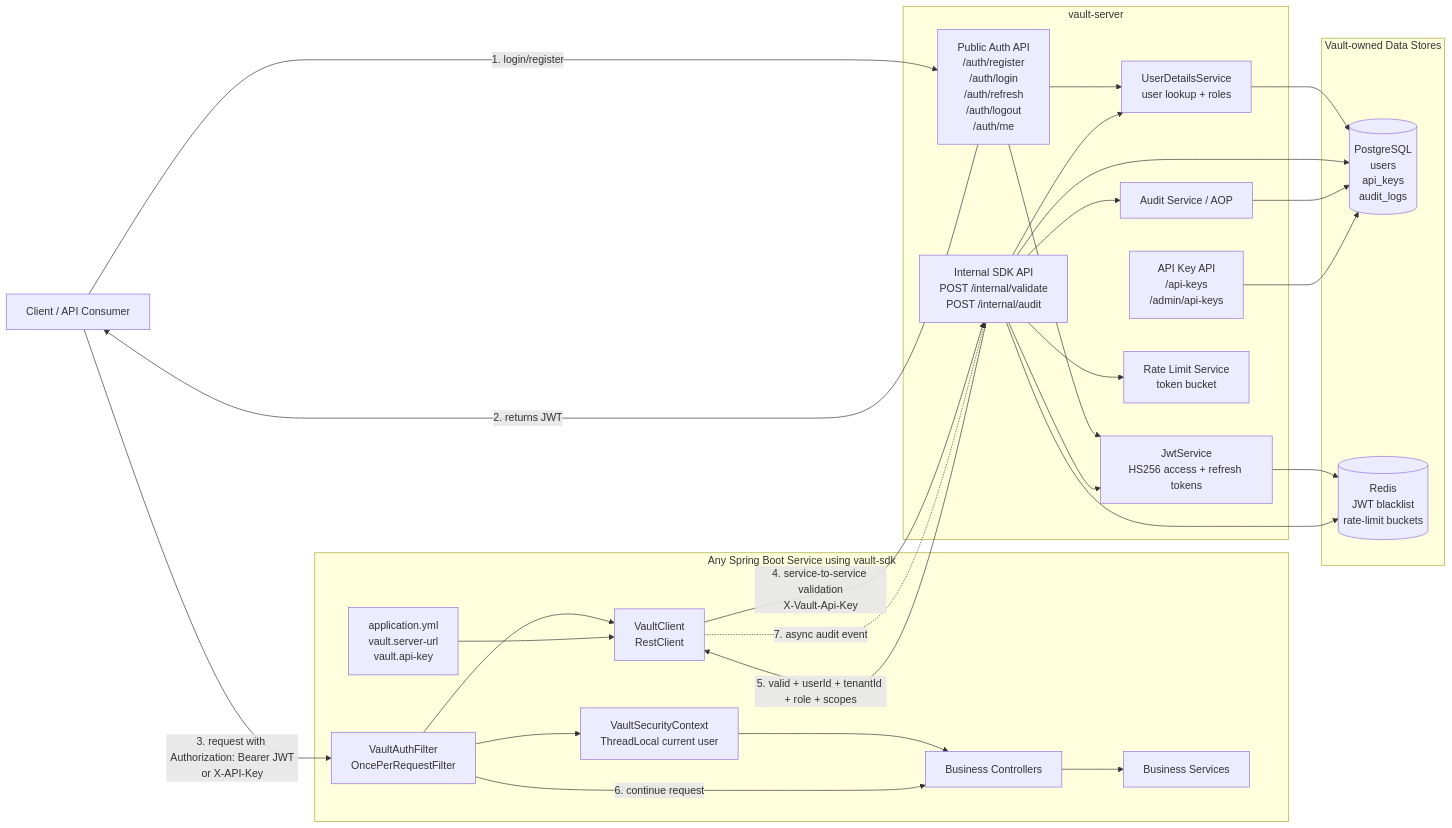
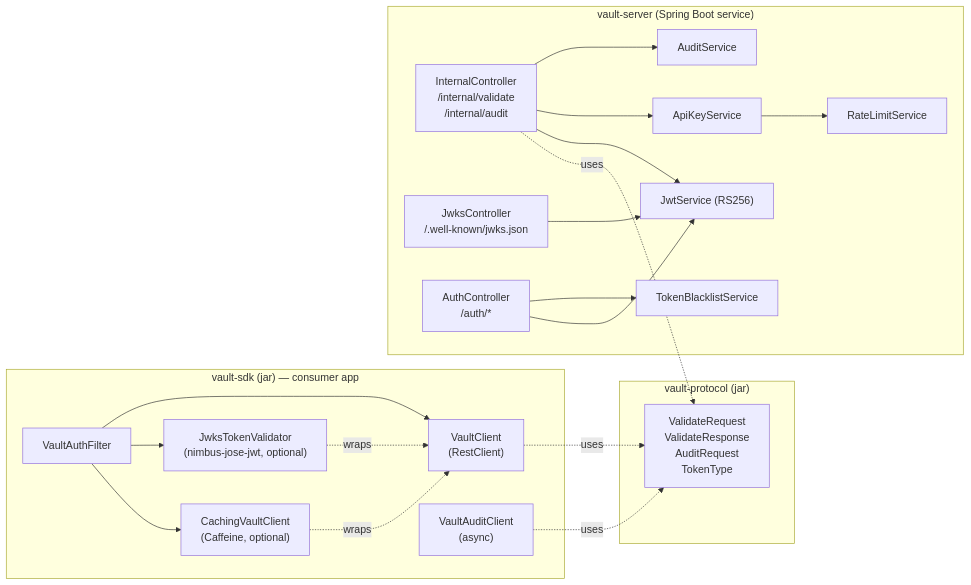
The first of 3 diagrams in docs/architecture.md (HesandaLiyanage/theVaultOfficial), drawn with Mermaid before and after one commit. The commit also changed other lines of this file and 2 other files, not shown here.

````diff
--- a/docs/architecture.md
+++ b/docs/architecture.md
@@ -12,56 +7,41 @@
 ```mermaid
 flowchart LR
-    actor[Client / API Consumer]
-
-    subgraph consumer["Any Spring Boot Service using vault-sdk"]
-        appController["Business Controllers"]
-        appService["Business Services"]
-        sdkFilter["VaultAuthFilter<br/>OncePerRequestFilter"]
-        sdkClient["VaultClient<br/>RestClient"]
-        sdkContext["VaultSecurityContext<br/>ThreadLocal current user"]
-        appConfig["application.yml<br/>vault.server-url<br/>vault.api-key"]
-
-        sdkFilter --> sdkClient
-        sdkFilter --> sdkContext
-        sdkContext --> appController
-        appController --> appService
-        appConfig --> sdkClient
+    subgraph protocol["vault-protocol (jar)"]
+        dtos["ValidateRequest<br/>ValidateResponse<br/>AuditRequest<br/>TokenType"]
     end
 
-    subgraph vaultServer["vault-server"]
-        publicAuth["Public Auth API<br/>/auth/register<br/>/auth/login<br/>/auth/refresh<br/>/auth/logout<br/>/auth/me"]
-        internalApi["Internal SDK API<br/>POST /internal/validate<br/>POST /internal/audit"]
-        apiKeyApi["API Key API<br/>/api-keys<br/>/admin/api-keys"]
-        jwtService["JwtService<br/>HS256 access + refresh tokens"]
-        userService["UserDetailsService<br/>user lookup + roles"]
-        auditService["Audit Service / AOP"]
-        rateLimit["Rate Limit Service<br/>token bucket"]
+    subgraph sdk["vault-sdk (jar) — consumer app"]
+        filter["VaultAuthFilter"]
+        client["VaultClient<br/>(RestClient)"]
+        cache["CachingVaultClient<br/>(Caffeine, optional)"]
+        jwks["JwksTokenValidator<br/>(nimbus-jose-jwt, optional)"]
+        audit["VaultAuditClient<br/>(async)"]
     end
 
-    subgraph data["Vault-owned Data Stores"]
-        postgres[("PostgreSQL<br/>users<br/>api_keys<br/>audit_logs")]
-        redis[("Redis<br/>JWT blacklist<br/>rate-limit buckets")]
+    subgraph server["vault-server (Spring Boot service)"]
+        internal["InternalController<br/>/internal/validate<br/>/internal/audit"]
+        jwksEp["JwksController<br/>/.well-known/jwks.json"]
+        auth["AuthController<br/>/auth/*"]
+        keys["ApiKeyService"]
+        jwt["JwtService (RS256)"]
+        bl["TokenBlacklistService"]
+        auditSvc["AuditService"]
+        rate["RateLimitService"]
     end
 
-    actor -- "1. login/register" --> publicAuth
-    publicAuth --> jwtService
-    publicAuth --> userService
-    userService --> postgres
-    jwtService --> redis
-    publicAuth -- "2. returns JWT" --> actor
-
-    actor -- "3. request with Authorization: Bearer JWT<br/>or X-API-Key" --> sdkFilter
-    sdkClient -- "4. service-to-service validation<br/>X-Vault-Api-Key" --> internalApi
-    internalApi --> jwtService
-    internalApi --> userService
-    internalApi --> rateLimit
-    internalApi --> redis
-    internalApi --> postgres
-    internalApi -- "5. valid + userId + tenantId + role + scopes" --> sdkClient
-    sdkFilter -- "6. continue request" --> appController
-    sdkClient -. "7. async audit event" .-> internalApi
-    internalApi --> auditService
-    auditService --> postgres
-
-    apiKeyApi --> postgres
+    client -. uses .-> dtos
+    cache -. wraps .-> client
+    jwks -. wraps .-> client
+    filter --> cache
+    filter --> jwks
+    filter --> client
+    audit -. uses .-> dtos
+    internal -. uses .-> dtos
+    internal --> jwt
+    internal --> keys
+    internal --> auditSvc
+    jwksEp --> jwt
+    auth --> jwt
+    auth --> bl
+    keys --> rate
 ```
````
